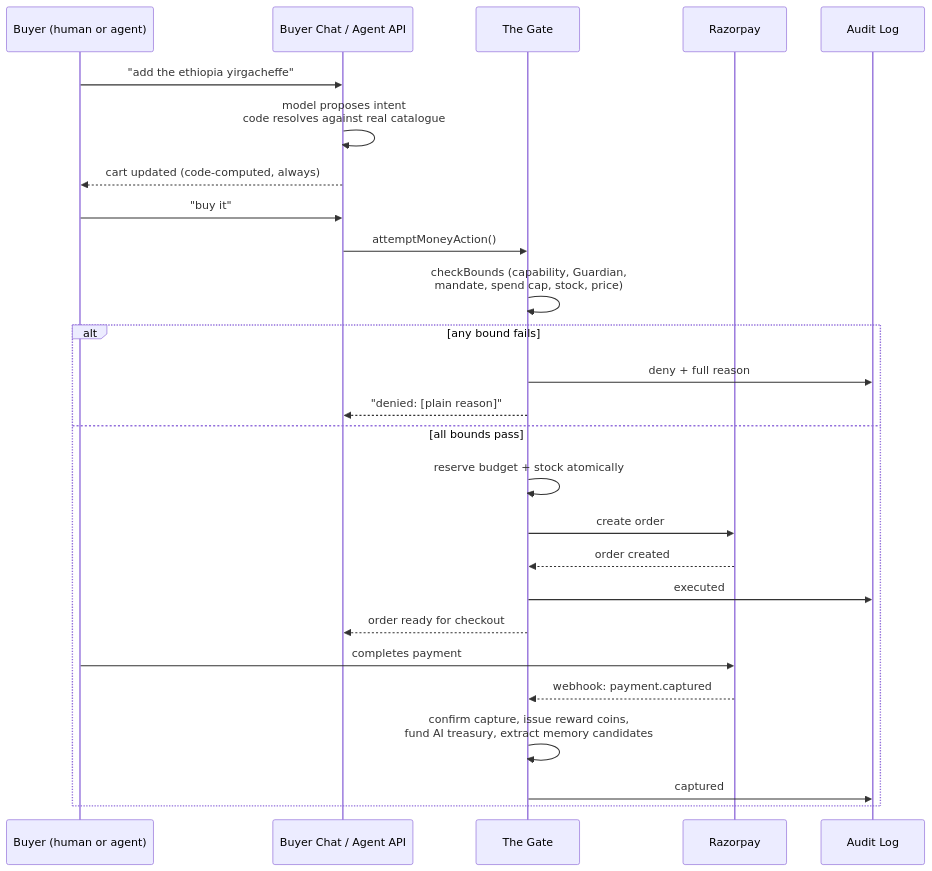
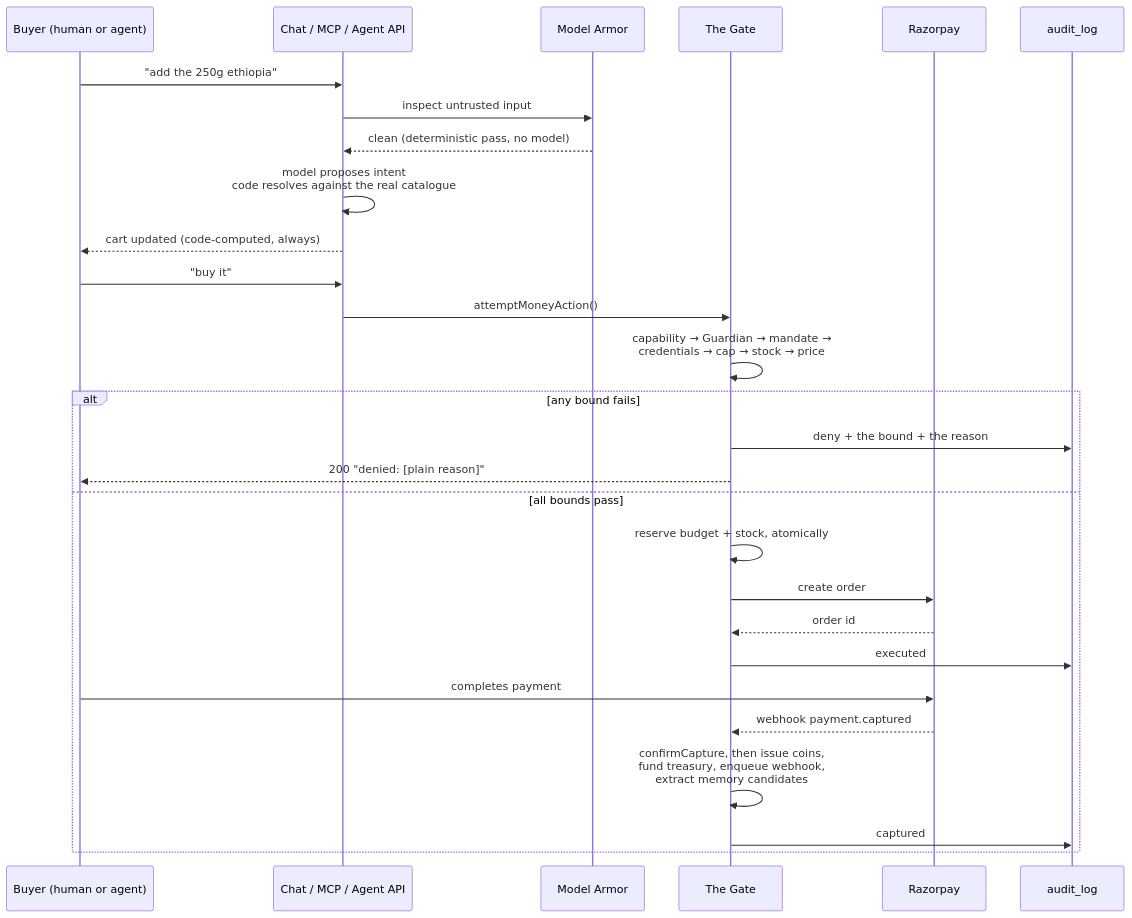
The third of 3 diagrams in README.md (shivanshv45/ThirdMan), drawn with Mermaid before and after one commit. The commit also changed other lines of this file, not shown here.

````diff
--- a/README.md
+++ b/README.md
@@ -179,31 +351,33 @@
 ```mermaid
 sequenceDiagram
-    participant Buyer as Buyer (human or agent)
-    participant Chat as Buyer Chat / Agent API
-    participant Gate as The Gate
-    participant RZP as Razorpay
-    participant Audit as Audit Log
+    participant B as Buyer (human or agent)
+    participant S as Chat / MCP / Agent API
+    participant A as Model Armor
+    participant G as The Gate
+    participant R as Razorpay
+    participant L as audit_log
 
-    Buyer->>Chat: "add the ethiopia yirgacheffe"
-    Chat->>Chat: model proposes intent<br/>code resolves against real catalogue
-    Chat-->>Buyer: cart updated (code-computed, always)
+    B->>S: "add the 250g ethiopia"
+    S->>A: inspect untrusted input
+    A-->>S: clean (deterministic pass, no model)
+    S->>S: model proposes intent<br/>code resolves against the real catalogue
+    S-->>B: cart updated (code-computed, always)
 
-    Buyer->>Chat: "buy it"
-    Chat->>Gate: attemptMoneyAction()
-    Gate->>Gate: checkBounds (capability, Guardian,<br/>mandate, spend cap, stock, price)
+    B->>S: "buy it"
+    S->>G: attemptMoneyAction()
+    G->>G: capability → Guardian → mandate →<br/>credentials → cap → stock → price
 
     alt any bound fails
-        Gate->>Audit: deny + full reason
-        Gate-->>Chat: "denied: [plain reason]"
+        G->>L: deny + the bound + the reason
+        G-->>B: 200 "denied: [plain reason]"
     else all bounds pass
-        Gate->>Gate: reserve budget + stock atomically
-        Gate->>RZP: create order
-        RZP-->>Gate: order created
-        Gate->>Audit: executed
-        Gate-->>Chat: order ready for checkout
-        Buyer->>RZP: completes payment
-        RZP-->>Gate: webhook: payment.captured
-        Gate->>Gate: confirm capture, issue reward coins,<br/>fund AI treasury, extract memory candidates
-        Gate->>Audit: captured
+        G->>G: reserve budget + stock, atomically
+        G->>R: create order
+        R-->>G: order id
+        G->>L: executed
+        B->>R: completes payment
+        R-->>G: webhook payment.captured
+        G->>G: confirmCapture, then issue coins,<br/>fund treasury, enqueue webhook,<br/>extract memory candidates
+        G->>L: captured
     end
 ```
````
